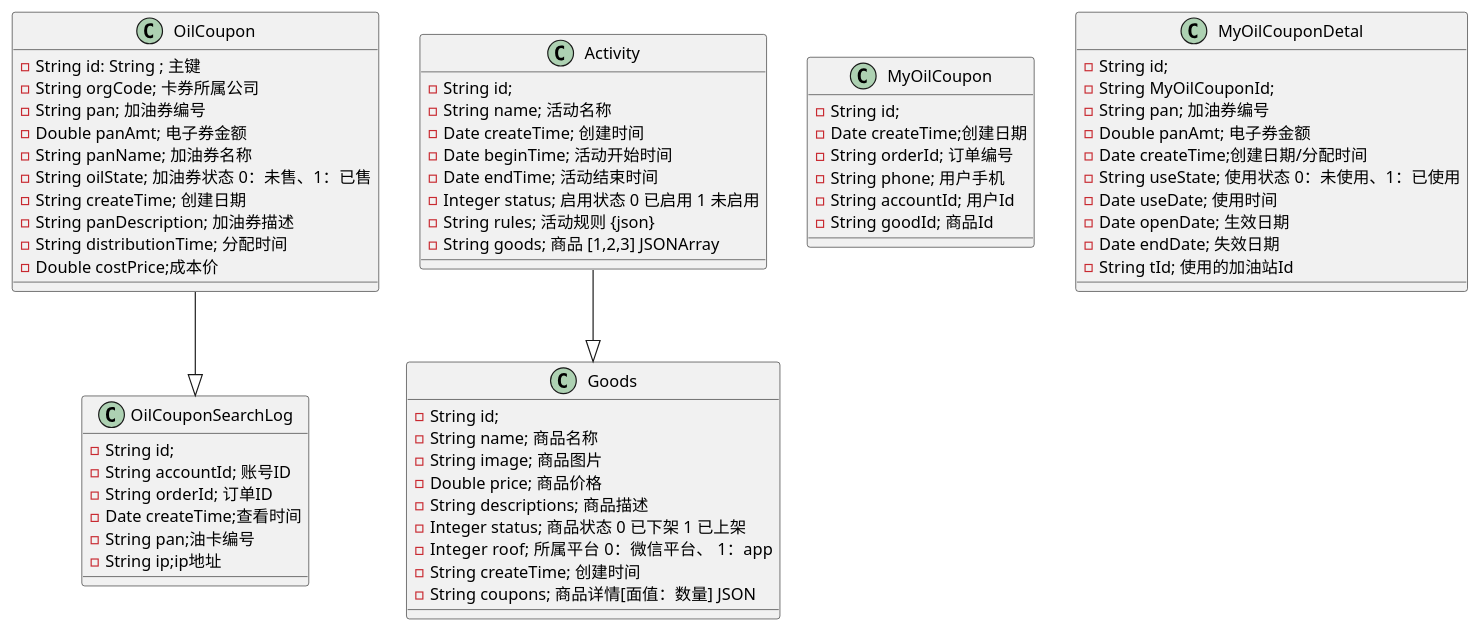
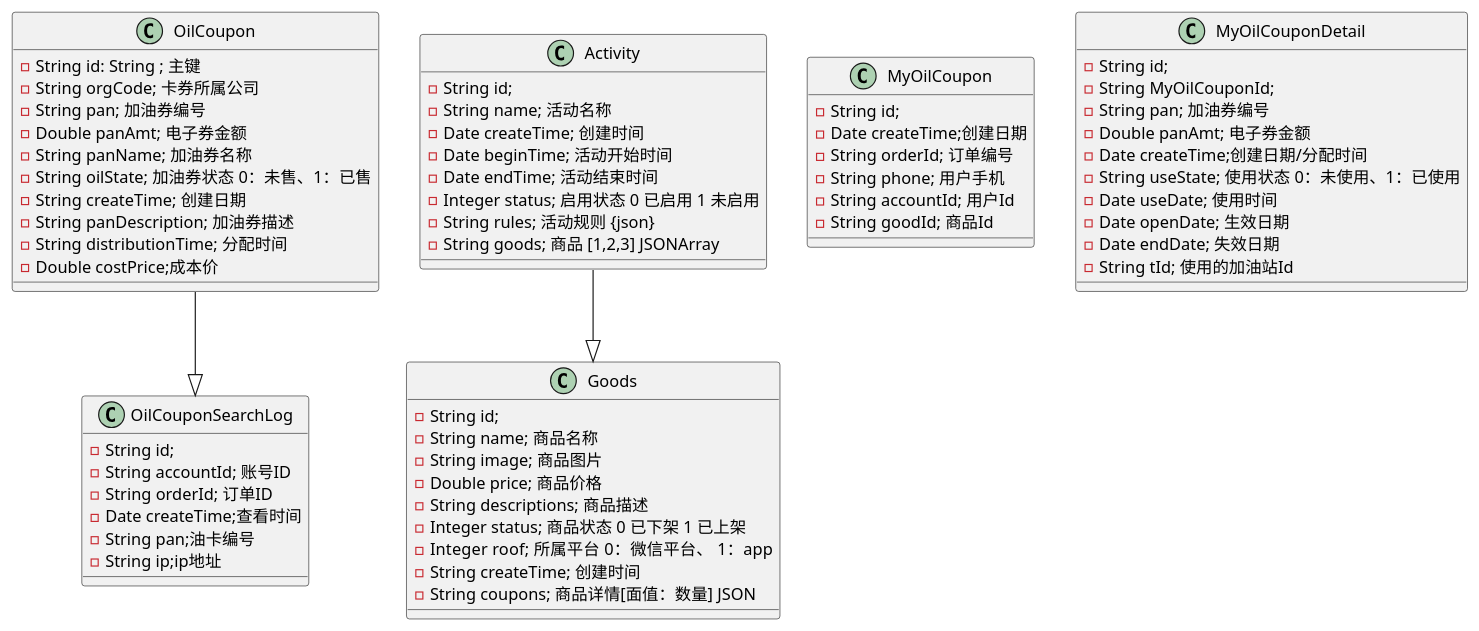
Before and after one commit to zhongliudizhu/api-platform: the diagram in doc/shop.puml, drawn with PlantUML.

```diff
--- a/doc/shop.puml
+++ b/doc/shop.puml
@@ -1,71 +1,71 @@
 @startuml
 
 class OilCoupon{
    - String id: String ; 主键
    - String orgCode; 卡券所属公司
    - String pan; 加油券编号
    - Double panAmt; 电子券金额
    - String panName; 加油券名称
    - String oilState; 加油券状态 0：未售、1：已售
    - String createTime; 创建日期
    - String panDescription; 加油券描述
    - String distributionTime; 分配时间
    - Double costPrice;成本价
 }
 
 class OilCouponSearchLog {
    - String id;
    - String accountId; 账号ID
    - String orderId; 订单ID
    - Date createTime;查看时间
    - String pan;油卡编号
    - String ip;ip地址
 }
 class Goods {
    - String id;
    - String name; 商品名称
    - String image; 商品图片
    - Double price; 商品价格
    - String descriptions; 商品描述
    - Integer status; 商品状态 0 已下架 1 已上架
    - Integer roof; 所属平台  0：微信平台、 1：app
    - String createTime; 创建时间
    - String coupons; 商品详情[面值：数量] JSON
 }
 
 class Activity {
    - String id;
    - String name; 活动名称
    - Date createTime; 创建时间
    - Date beginTime; 活动开始时间
    - Date endTime; 活动结束时间
    - Integer status; 启用状态 0 已启用 1 未启用
    - String rules; 活动规则 {json}
    - String goods; 商品 [1,2,3] JSONArray
 }
 class MyOilCoupon {
    - String id;
    - Date createTime;创建日期
    - String orderId; 订单编号
    - String phone; 用户手机
    - String accountId; 用户Id
    - String goodId; 商品Id
 }
-class MyOilCouponDetal {
+class MyOilCouponDetail {
    - String id;
    - String MyOilCouponId;
    - String pan; 加油券编号
    - Double panAmt; 电子券金额
    - Date createTime;创建日期/分配时间
    - String useState; 使用状态 0：未使用、1：已使用
    - Date useDate; 使用时间
    - Date openDate; 生效日期
    - Date endDate; 失效日期
    - String tId; 使用的加油站Id
 }
 
 
 Activity  --|>Goods
 OilCoupon --|>OilCouponSearchLog
 
 @enduml
```
